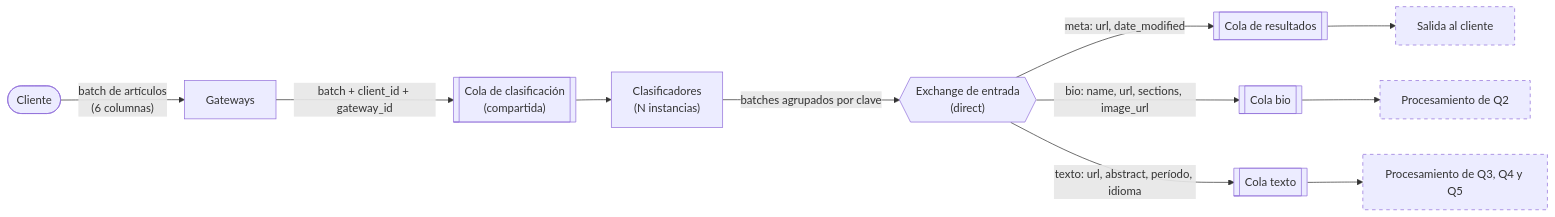
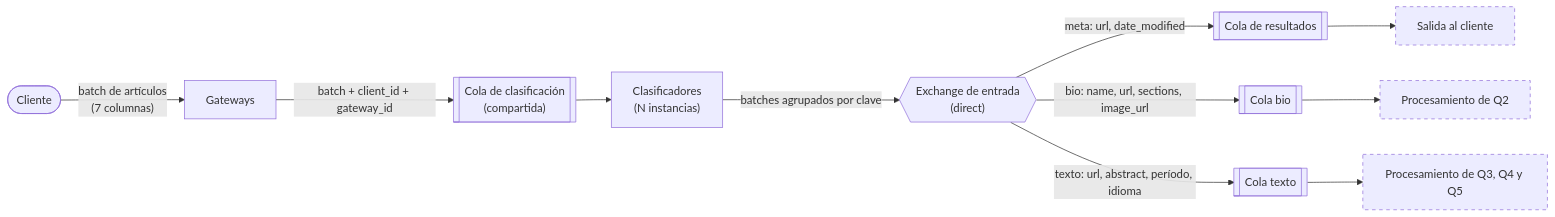
One commit to Cristobal710/tp-final-distribuidos changed the seventh of 14 diagrams in diagramas/README.md. Above: the diagram before and after it, drawn with Mermaid. The commit also changed other lines of this file, not shown here.

````diff
--- a/diagramas/README.md
+++ b/diagramas/README.md
@@ -298,18 +302,18 @@
 ```mermaid
 flowchart LR
-    C(["Cliente"]) -- "batch de artículos<br/>(6 columnas)" --> GW["Gateways"]
+    C(["Cliente"]) -- "batch de artículos<br/>(7 columnas)" --> GW["Gateways"]
     GW -- "batch + client_id + gateway_id" --> QCL[["Cola de clasificación<br/>(compartida)"]]
     QCL --> CL["Clasificadores<br/>(N instancias)"]
     CL -- "batches agrupados por clave" --> EXE{{"Exchange de entrada<br/>(direct)"}}
 
     EXE -- "meta: url, date_modified" --> QR[["Cola de resultados"]]
     EXE -- "bio: name, url, sections, image_url" --> QBIO[["Cola bio"]]
     EXE -- "texto: url, abstract, período, idioma" --> QTX[["Cola texto"]]
 
     QR --> SAL["Salida al cliente"]
     QBIO --> P2["Procesamiento de Q2"]
     QTX --> P345["Procesamiento de Q3, Q4 y Q5"]
 
     classDef resto stroke-dasharray: 5 5
     class SAL,P2,P345 resto
 ```
````
